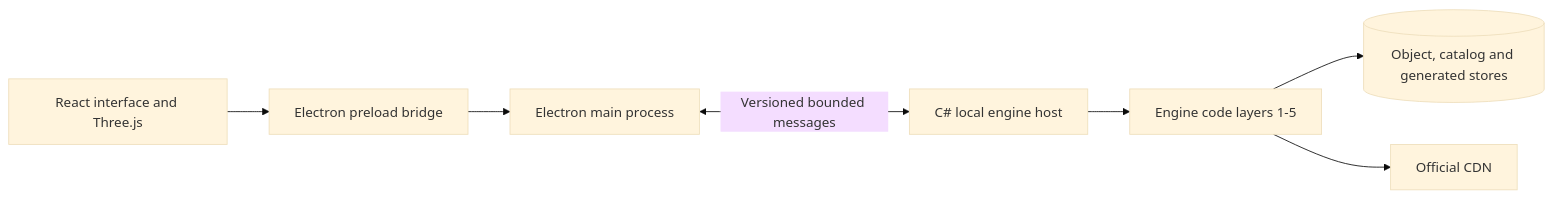
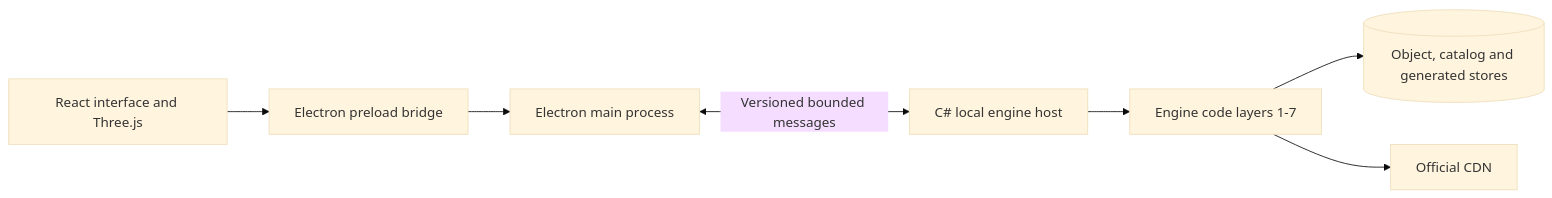
Before and after one commit to aircan80/vibeminer: the second of 2 diagrams in docs/ARCHITECTURE.md, drawn with Mermaid (base theme). The commit also changed other lines of this file, not shown here.

First line of the commit message:
Split generated data into Files, Formats and Game concepts layers

````diff
--- a/docs/ARCHITECTURE.md
+++ b/docs/ARCHITECTURE.md
@@ -57,9 +62,9 @@
 ```mermaid
 flowchart LR
   UI[React interface and Three.js] --> Bridge[Electron preload bridge]
   Bridge --> Main[Electron main process]
   Main <-->|Versioned bounded messages| Host[C# local engine host]
-  Host --> Layers[Engine code layers 1-5]
+  Host --> Layers[Engine code layers 1-7]
   Layers --> Stores[(Object, catalog and generated stores)]
   Layers --> CDN[Official CDN]
 ```
````
